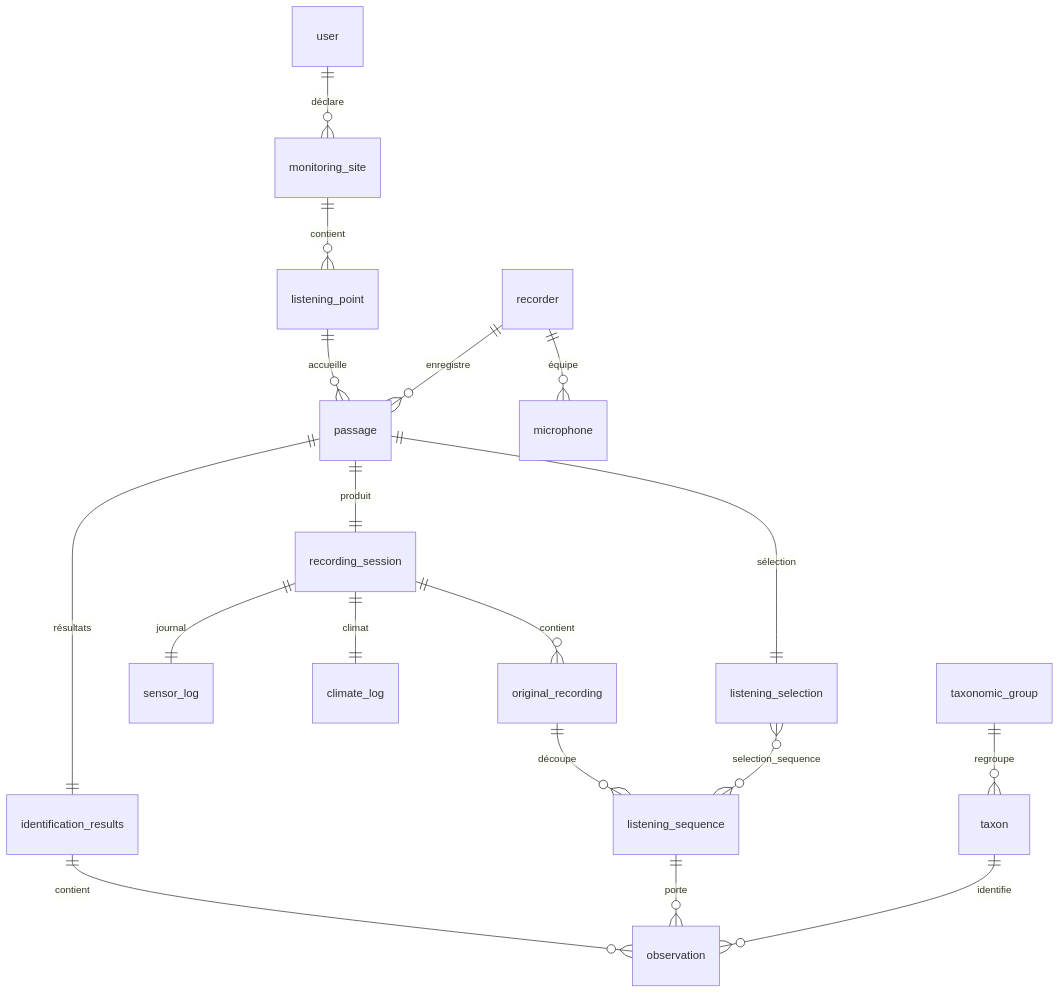
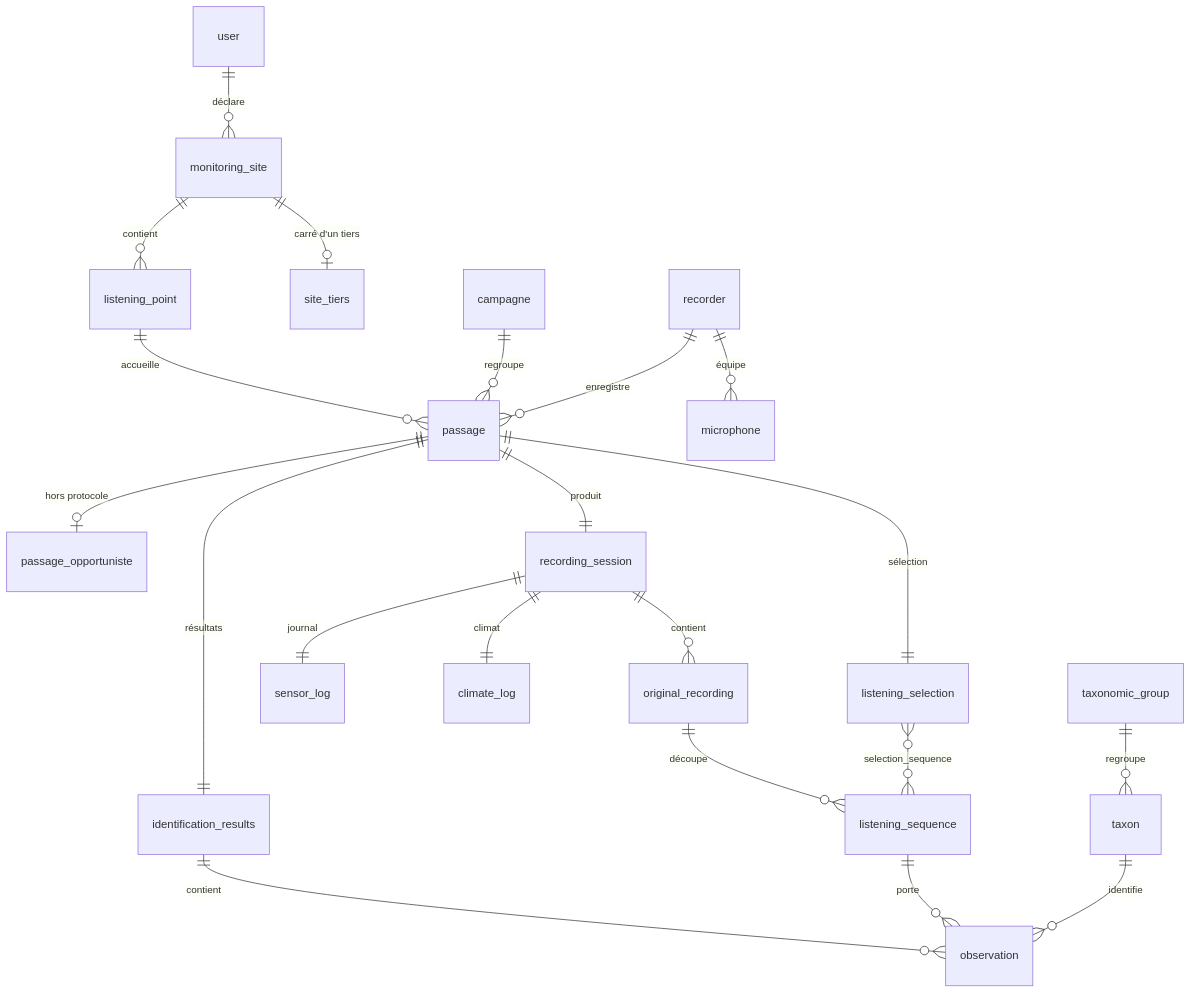
Before and after one commit to echonuit/vigiechiro-pr-companion: the diagram in dev-docs/modele-de-donnees.md, drawn with Mermaid. The commit also changed other lines of this file and 17 other files, not shown here.

````diff
--- a/dev-docs/modele-de-donnees.md
+++ b/dev-docs/modele-de-donnees.md
@@ -50,20 +50,23 @@
 ```mermaid
 erDiagram
     user ||--o{ monitoring_site : "déclare"
     monitoring_site ||--o{ listening_point : "contient"
+    monitoring_site ||--o| site_tiers : "carré d'un tiers"
     listening_point ||--o{ passage : "accueille"
+    campagne ||--o{ passage : "regroupe"
+    passage ||--o| passage_opportuniste : "hors protocole"
     recorder ||--o{ passage : "enregistre"
     recorder ||--o{ microphone : "équipe"
     passage ||--|| recording_session : "produit"
     recording_session ||--o{ original_recording : "contient"
     original_recording ||--o{ listening_sequence : "découpe"
     recording_session ||--|| sensor_log : "journal"
     recording_session ||--|| climate_log : "climat"
     passage ||--|| listening_selection : "sélection"
     listening_selection }o--o{ listening_sequence : "selection_sequence"
     passage ||--|| identification_results : "résultats"
     identification_results ||--o{ observation : "contient"
     listening_sequence ||--o{ observation : "porte"
     taxon ||--o{ observation : "identifie"
     taxonomic_group ||--o{ taxon : "regroupe"
 ```
````
